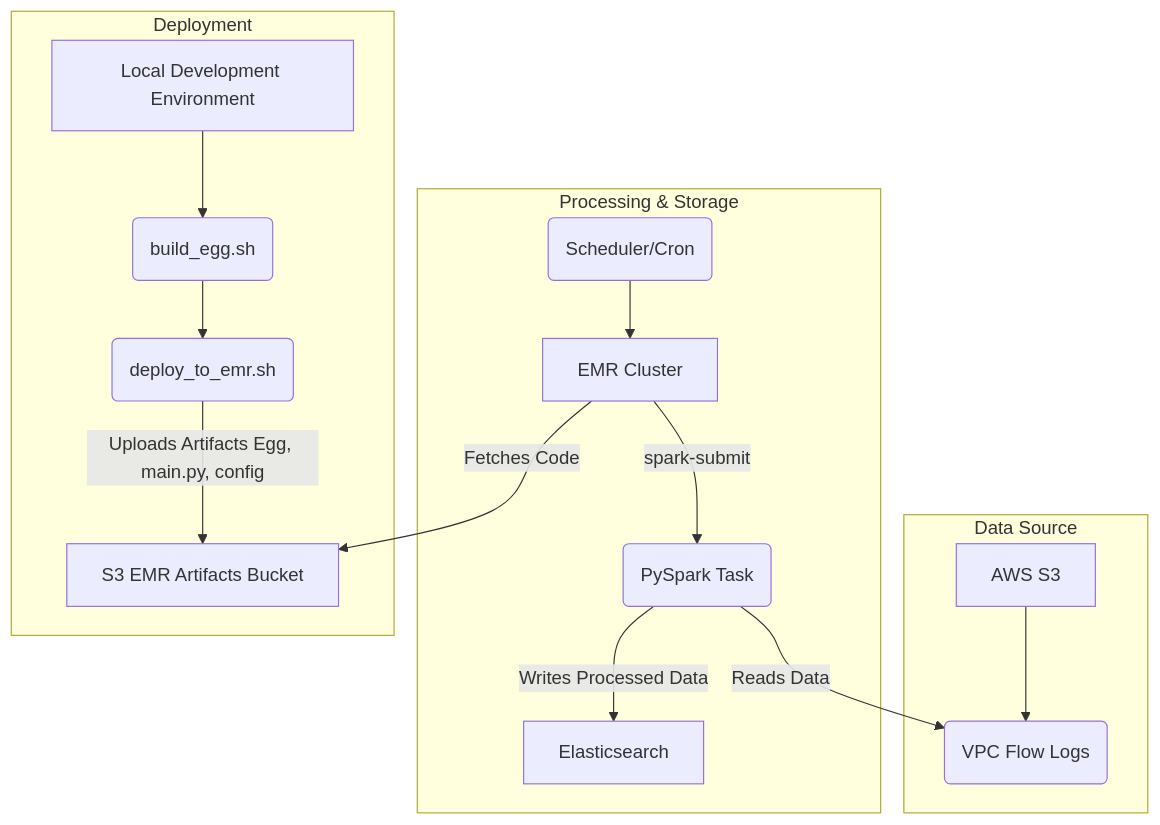
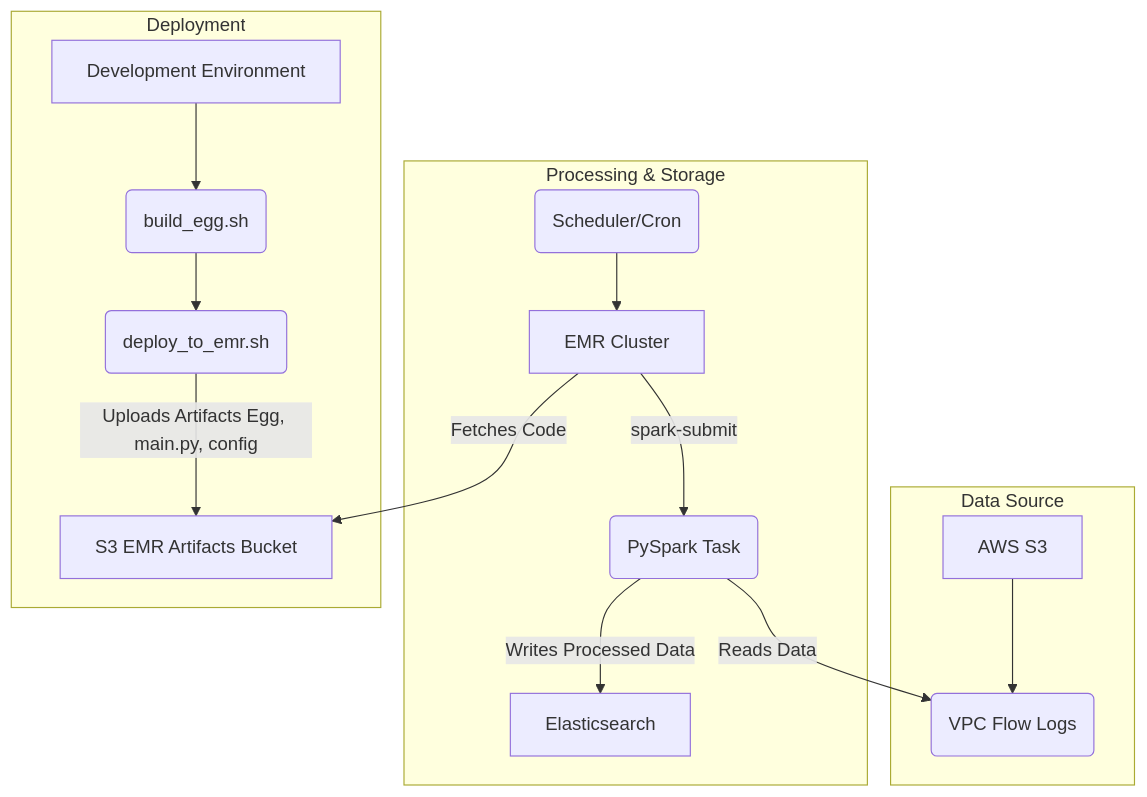
Before and after one commit to kk0m4k/kk0m4k.github.io: the diagram in _posts/2025-08-19-analyze-aws-vpc-flow-logs-with-pyspark-emr-elasticsearch.md, drawn with Mermaid. The commit also changed other lines of this file and 4 other files, not shown here.

````diff
--- a/_posts/2025-08-19-analyze-aws-vpc-flow-logs-with-pyspark-emr-elasticsearch.md
+++ b/_posts/2025-08-19-analyze-aws-vpc-flow-logs-with-pyspark-emr-elasticsearch.md
@@ -32,20 +31,20 @@
 ```mermaid
 graph TD
     subgraph Data Source
         A[AWS S3] --> B(VPC Flow Logs)
     end
 
     subgraph Processing & Storage
         C(Scheduler/Cron) --> D[EMR Cluster]
         D -- spark-submit --> E(PySpark Task)
         E -- Reads Data --> B
         E -- Writes Processed Data --> F[Elasticsearch]
     end
 
     subgraph Deployment
-        G[Local Development Environment] --> H(build_egg.sh)
+        G[Development Environment] --> H(build_egg.sh)
         H --> I(deploy_to_emr.sh)
         I -- Uploads Artifacts Egg, main.py, config --> J[S3 EMR Artifacts Bucket]
         D -- Fetches Code --> J
     end
 ```
````
